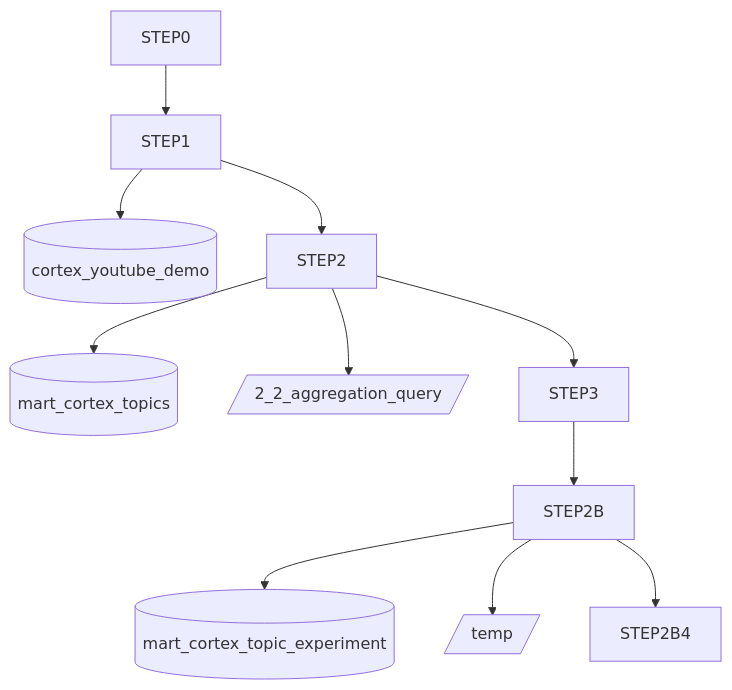
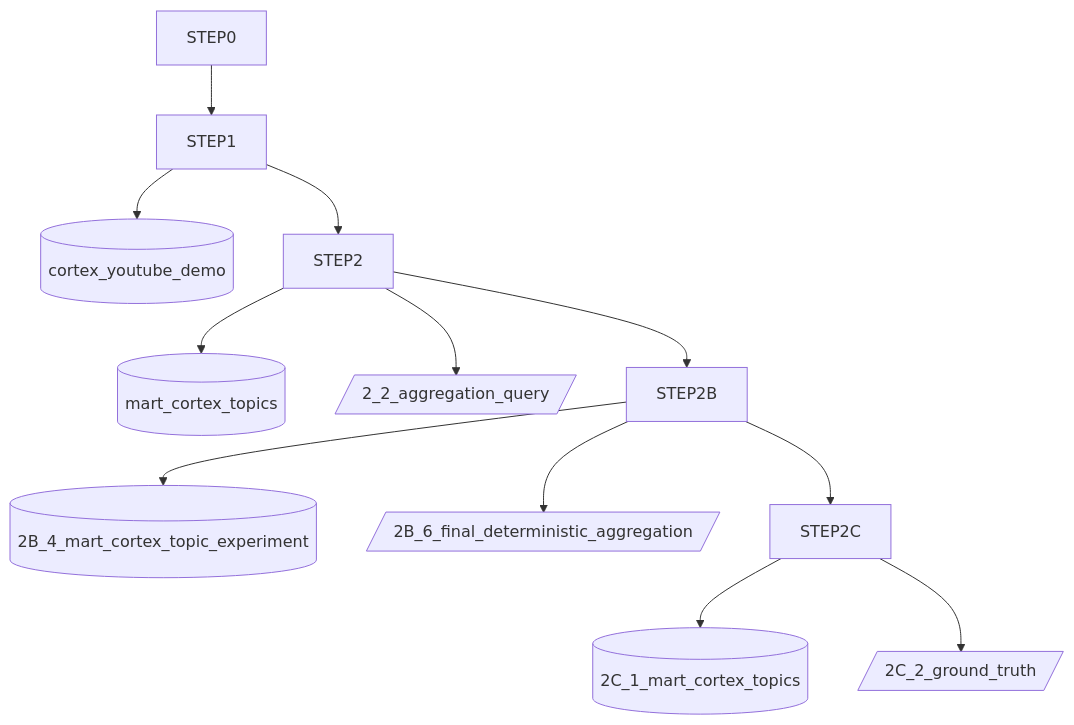
One commit to EfrainOlivaresUVA/2605_DS5111_materials changed the diagram in scripts/diagram.md. Above: the diagram before and after it, drawn with Mermaid.

````diff
--- a/scripts/diagram.md
+++ b/scripts/diagram.md
@@ -2,19 +2,21 @@
 ```mermaid
 
 flowchart TD
 
     %% Connections
     STEP0 --> STEP1
     STEP1 --> db_cortex1[(cortex_youtube_demo)]
     STEP1 --> STEP2
 
     STEP2 --> db_topics[(mart_cortex_topics)]
     STEP2 --> doc_video[/2_2_aggregation_query/]
-    STEP2 --> STEP3
+    STEP2 --> STEP2B
 
-    STEP3 --> STEP2B
-    STEP2B --> db_exp[(mart_cortex_topic_experiment)]
-    STEP2B --> doc_temp[/temp/]
-    STEP2B --> STEP2B4
+    STEP2B --> db_exp[(2B_4_mart_cortex_topic_experiment)]
+    STEP2B --> doc_temp[/2B_6_final_deterministic_aggregation/]
+    STEP2B --> STEP2C
+
+    STEP2C --> db_cat[(2C_1_mart_cortex_topics)]
+    STEP2C --> doc_cat[/2C_2_ground_truth/]
     
 ```
````
